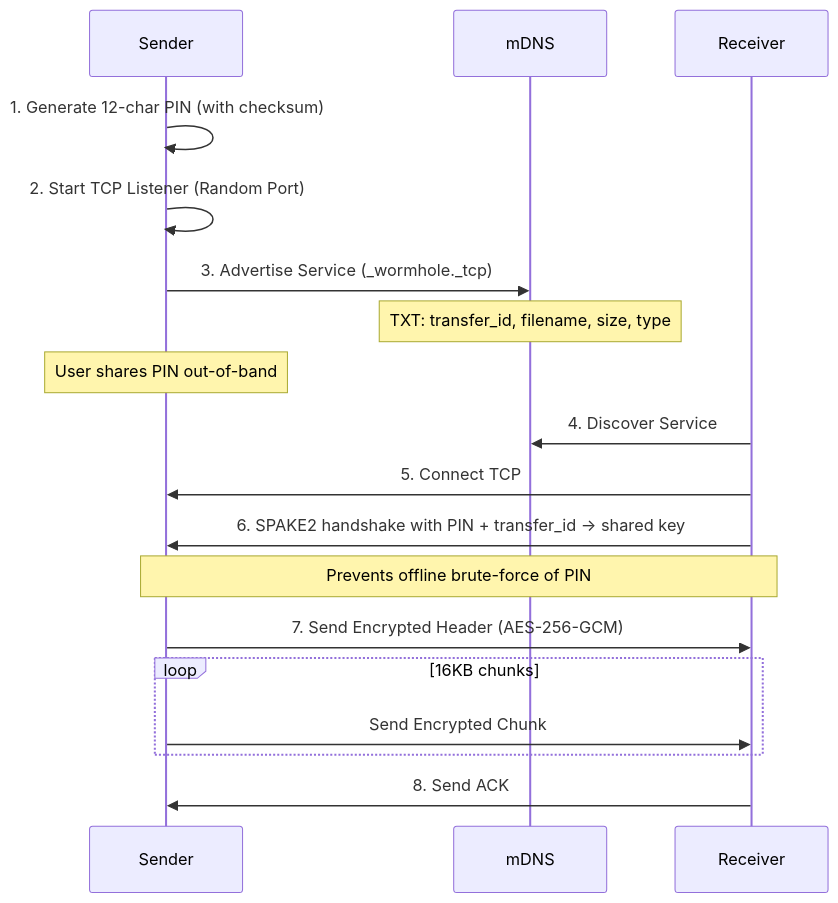
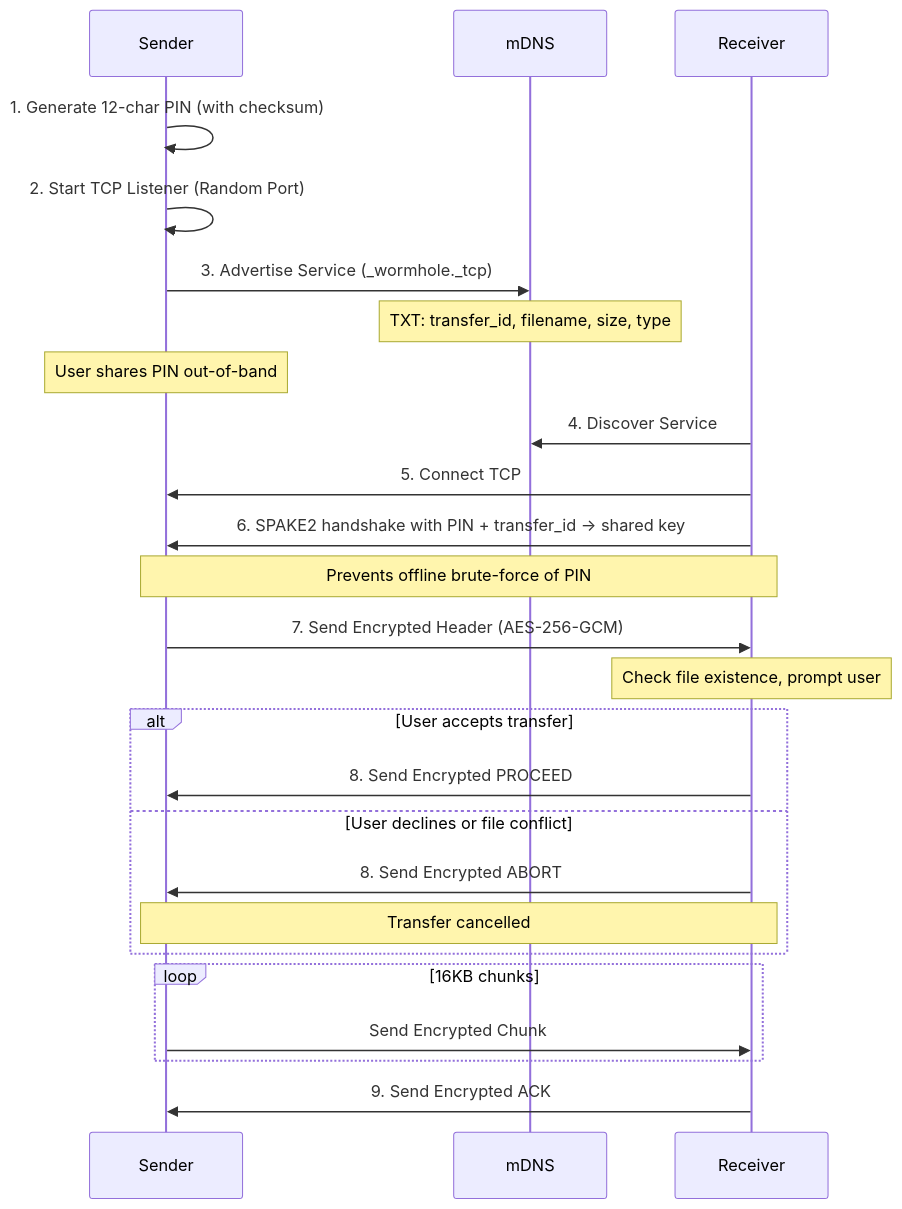
The fifth of 5 diagrams in docs/ARCHITECTURE.md (andrewtheguy/wormhole-rs), drawn with Mermaid before and after one commit. The commit also changed other lines of this file, not shown here.

Commit message:
feat: Enhance transfer protocol with user prompts for file existence and control signal encryption

````diff
--- a/docs/ARCHITECTURE.md
+++ b/docs/ARCHITECTURE.md
@@ -165,27 +189,35 @@
 ```mermaid
 sequenceDiagram
     participant Sender
     participant mDNS
     participant Receiver
 
     Sender->>Sender: 1. Generate 12-char PIN (with checksum)
     Sender->>Sender: 2. Start TCP Listener (Random Port)
     
     Sender->>mDNS: 3. Advertise Service (_wormhole._tcp)
     Note over mDNS: TXT: transfer_id, filename, size, type
 
     Note over Sender: User shares PIN out-of-band
 
     Receiver->>mDNS: 4. Discover Service
     Receiver->>Sender: 5. Connect TCP
     Receiver->>Sender: 6. SPAKE2 handshake with PIN + transfer_id -> shared key
     Note over Sender,Receiver: Prevents offline brute-force of PIN
 
     Sender->>Receiver: 7. Send Encrypted Header (AES-256-GCM)
-    
+    Note over Receiver: Check file existence, prompt user
+
+    alt User accepts transfer
+        Receiver->>Sender: 8. Send Encrypted PROCEED
+    else User declines or file conflict
+        Receiver->>Sender: 8. Send Encrypted ABORT
+        Note over Sender,Receiver: Transfer cancelled
+    end
+
     loop 16KB chunks
         Sender->>Receiver: Send Encrypted Chunk
     end
 
-    Receiver->>Sender: 8. Send ACK
+    Receiver->>Sender: 9. Send Encrypted ACK
 ```
````
